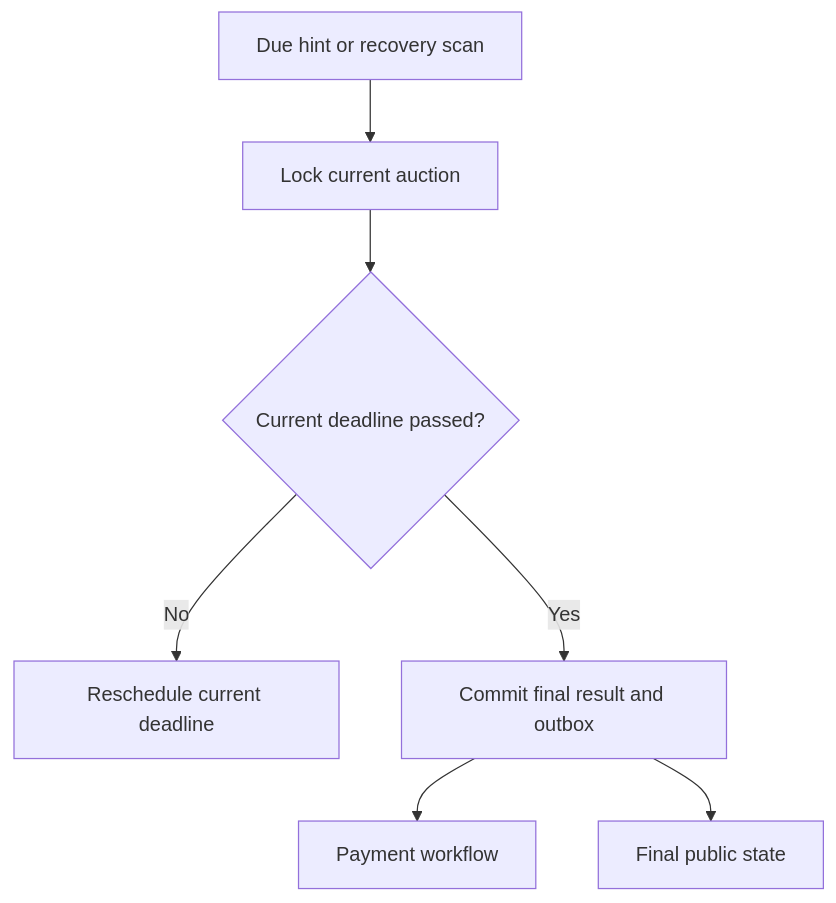
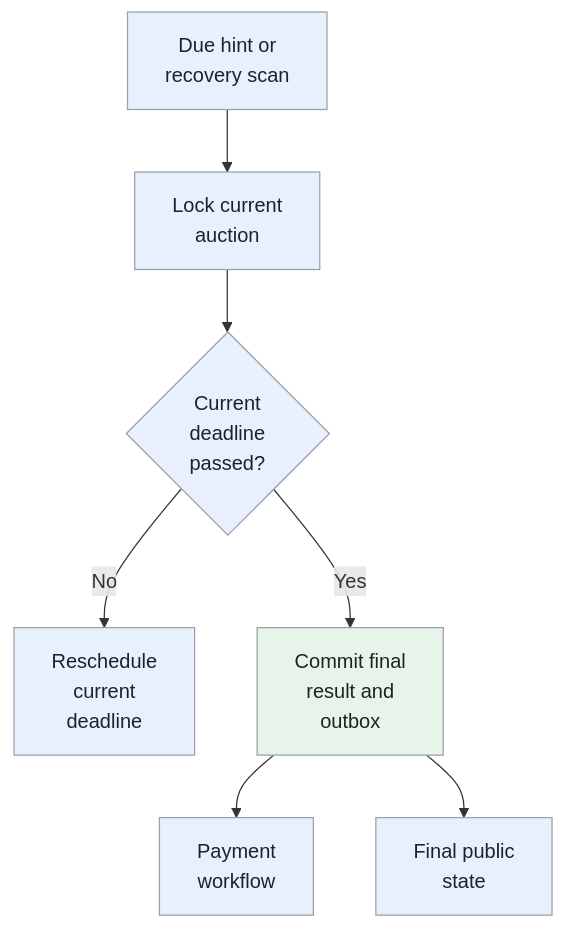
One commit to iliazlobin/iliazlobin.github.io changed the sixth of 6 diagrams in _designs/online-auction.md. Above: the diagram before and after it, drawn with Mermaid. The commit also changed other lines of this file and 131 other files, not shown here.

````diff
--- a/_designs/online-auction.md
+++ b/_designs/online-auction.md
@@ -271,9 +363,14 @@
 ```mermaid
 flowchart TB
-  H["Due hint or recovery scan"] --> L["Lock current auction"]
-  L --> D{"Current deadline passed?"}
-  D -->|"No"| R["Reschedule current deadline"]
-  D -->|"Yes"| F["Commit final result and outbox"]
-  F --> P["Payment workflow"]
-  F --> N["Final public state"]
+  H["Due hint or<br>recovery scan"] --> L["Lock current<br>auction"]
+  L --> D{"Current<br>deadline<br>passed?"}
+  D -->|"No"| R["Reschedule<br>current<br>deadline"]
+  D -->|"Yes"| F["Commit final<br>result and<br>outbox"]
+  F --> P["Payment<br>workflow"]
+  F --> N["Final public<br>state"]
+  classDef request fill:#e8f0fe,stroke:#9aa0a6,color:#202124,stroke-width:1px
+  classDef background fill:#e6f4ea,stroke:#9aa0a6,color:#202124,stroke-width:1px
+  classDef control fill:#fef7e0,stroke:#9aa0a6,color:#202124,stroke-width:1px
+  class H,L,D,R,P,N request
+  class F background
 ```
````
